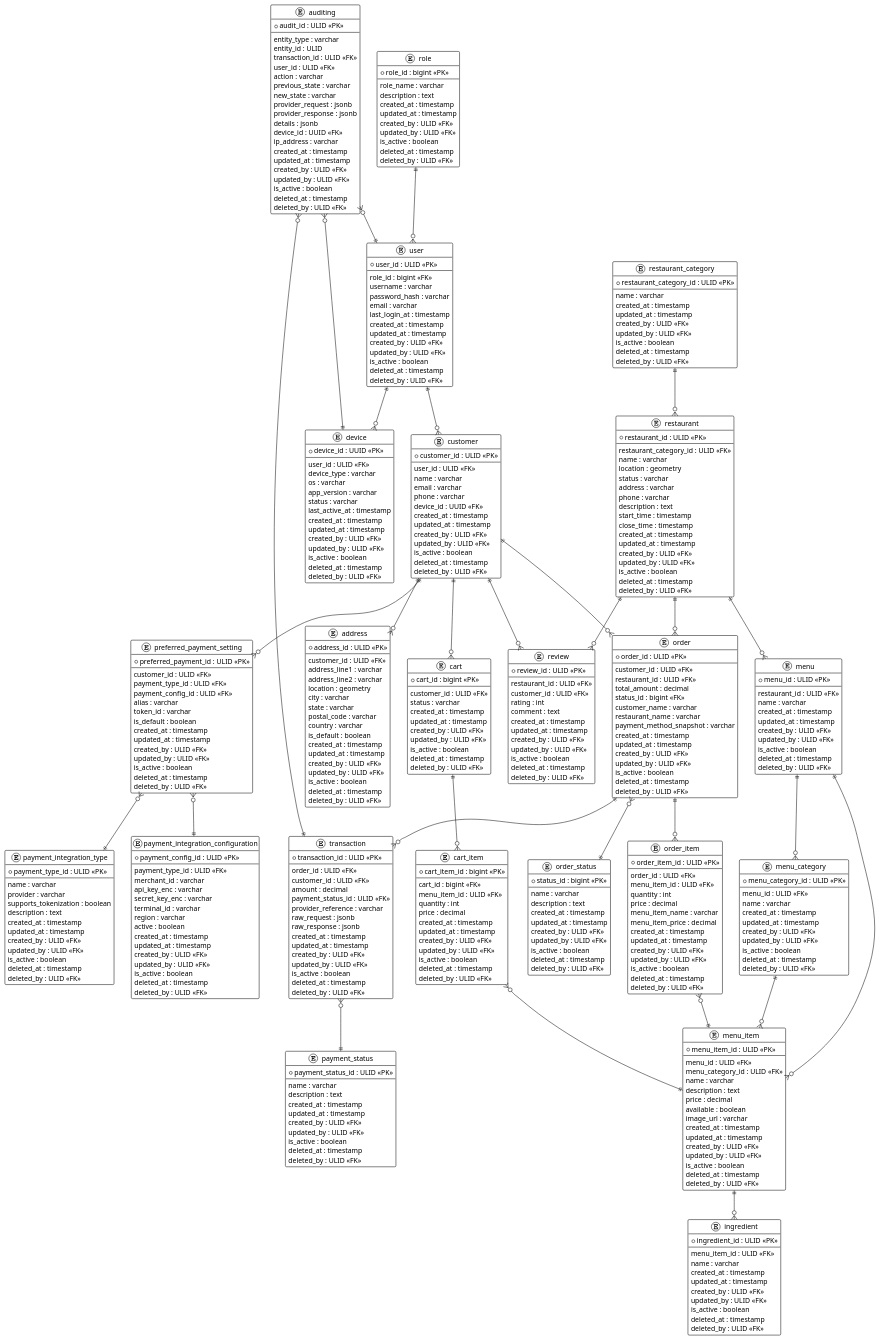
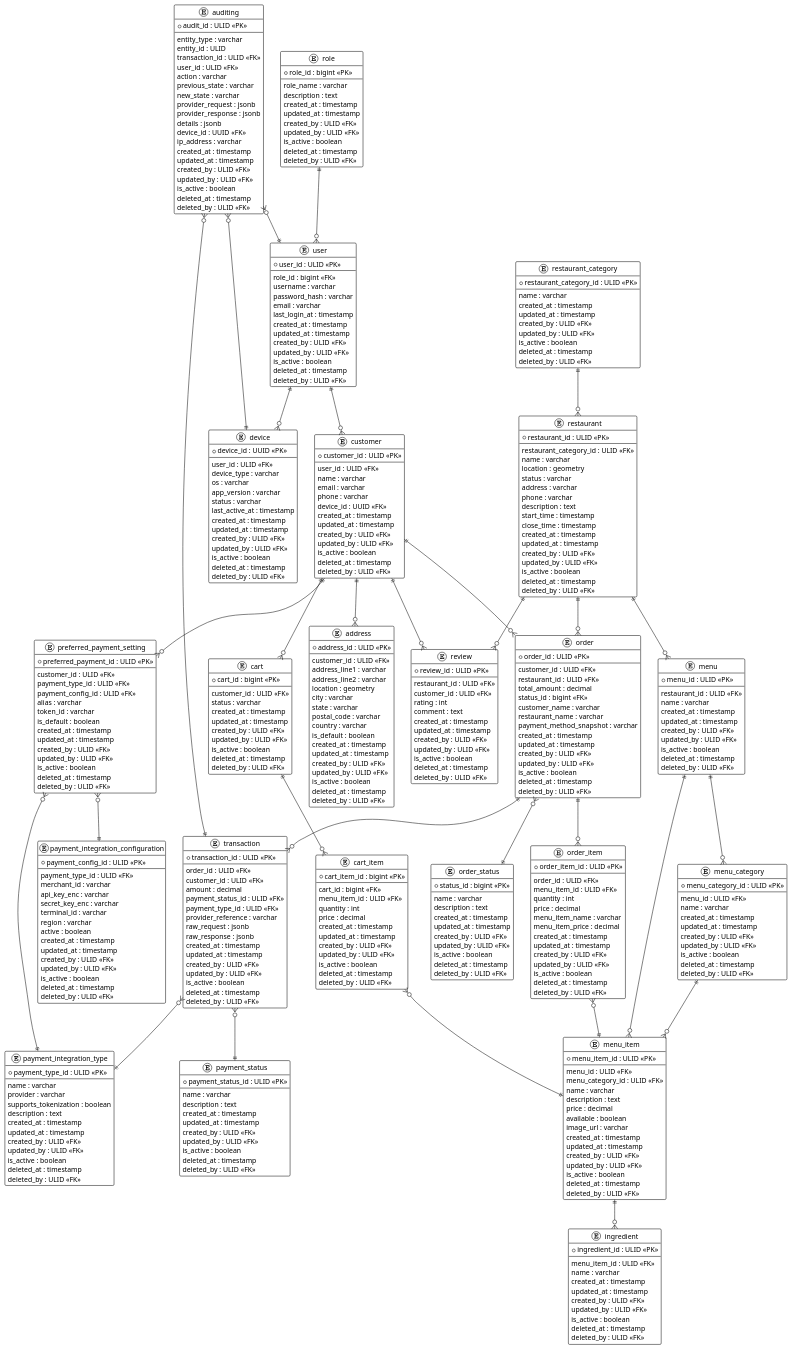
The diagram in erd/Full-ERD.puml (Adel1250/JavaEatsLite), drawn with PlantUML before and after one commit. The commit also changed 1 other file, not shown here.

Commit message:
Fix transaction

```diff
--- a/erd/Full-ERD.puml
+++ b/erd/Full-ERD.puml
@@ -329,6 +329,7 @@
     customer_id : ULID <<FK>>
     amount : decimal
     payment_status_id : ULID <<FK>>
+    payment_type_id : ULID <<FK>>
     provider_reference : varchar
     raw_request : jsonb
     raw_response : jsonb
@@ -453,6 +454,7 @@
 
 order ||--o{ transaction
 transaction }o--|| payment_status
+transaction }o--|| payment_integration_type
 
 auditing }o--|| user
 auditing }o--|| device
```
